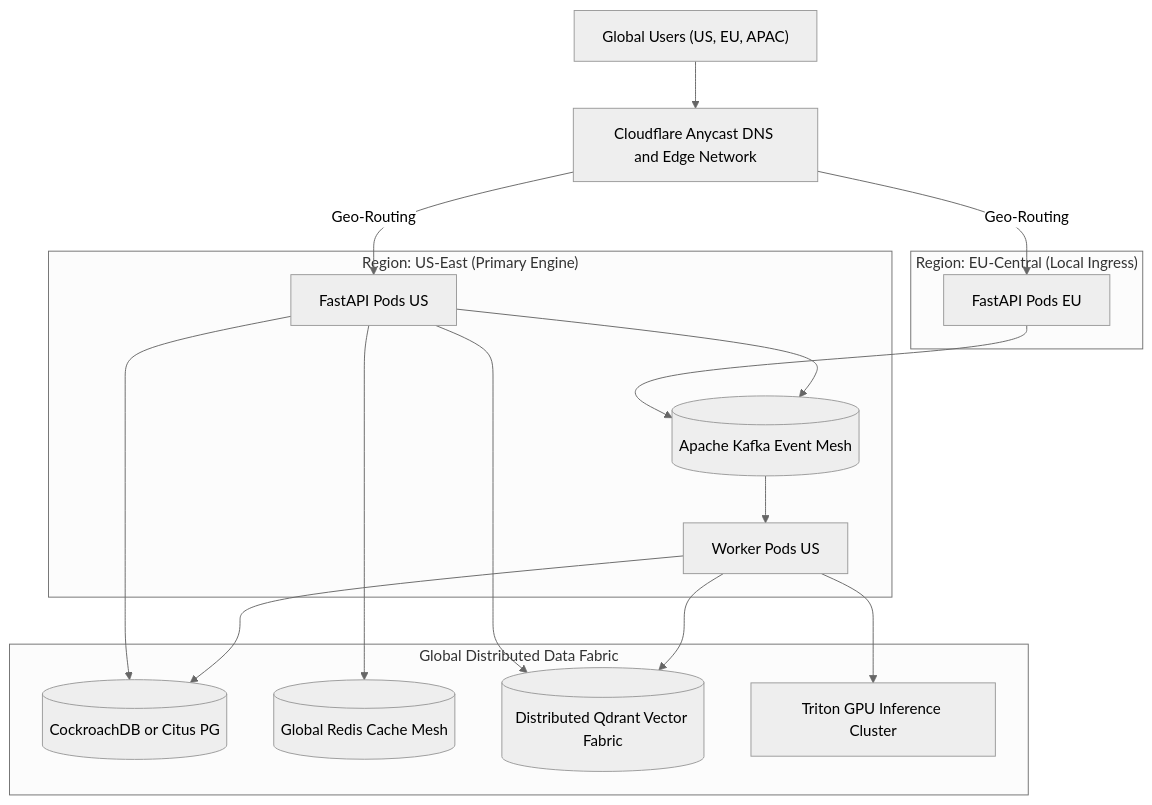
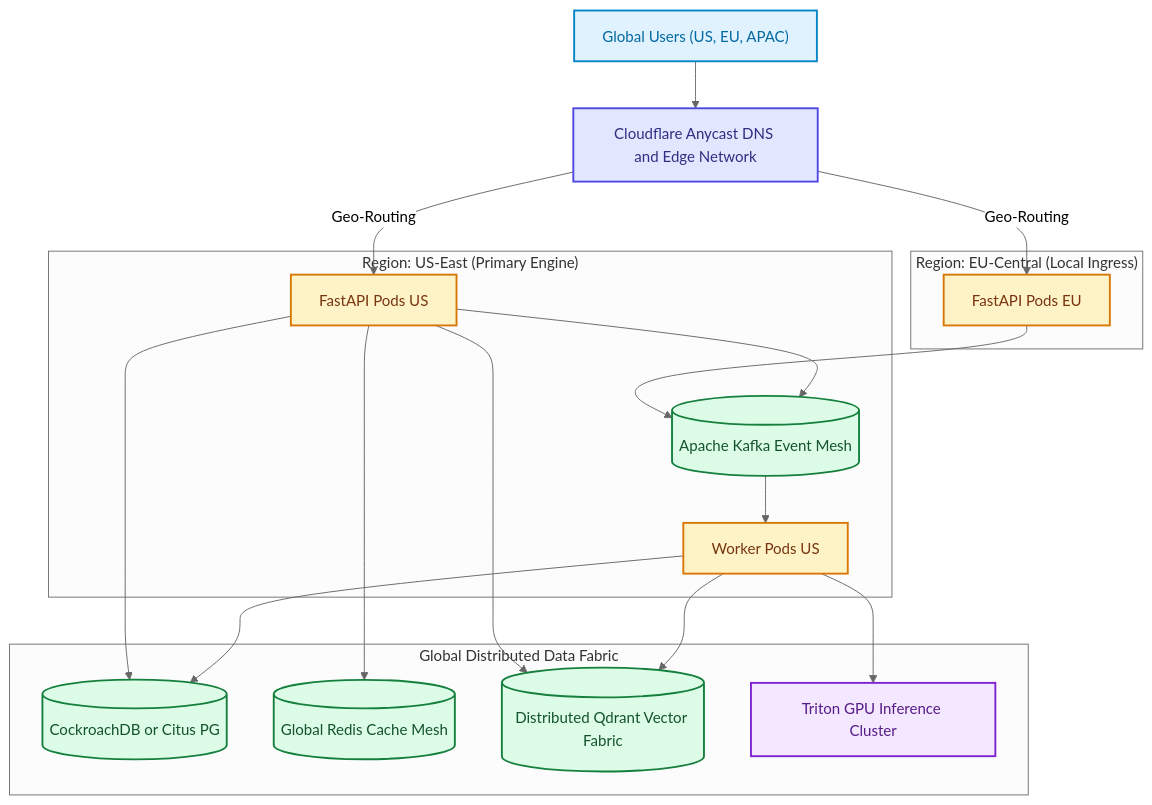
The fourth of 4 diagrams in vault/15-scaling-architecture.md (nikhil-87/CodeSensei), drawn with Mermaid (neutral theme) before and after one commit. The commit also changed other lines of this file and 9 other files, not shown here.

Commit message:
docs: added some colors to mermaid diagrams

````diff
--- a/vault/15-scaling-architecture.md
+++ b/vault/15-scaling-architecture.md
@@ -227,36 +261,48 @@
 ```mermaid
 flowchart TB
     UserGlobal["Global Users (US, EU, APAC)"] --> Cloudflare["Cloudflare Anycast DNS and Edge Network"]
 
     subgraph RegionUS ["Region: US-East (Primary Engine)"]
         API_US["FastAPI Pods US"]
         Workers_US["Worker Pods US"]
         Kafka_US[("Apache Kafka Event Mesh")]
     end
 
     subgraph RegionEU ["Region: EU-Central (Local Ingress)"]
         API_EU["FastAPI Pods EU"]
     end
 
     subgraph DataFabric ["Global Distributed Data Fabric"]
         ShardedDB[("CockroachDB or Citus PG")]
         GlobalRedis[("Global Redis Cache Mesh")]
         DistQdrant[("Distributed Qdrant Vector Fabric")]
         TritonCluster["Triton GPU Inference Cluster"]
     end
 
     Cloudflare -->|Geo-Routing| API_US
     Cloudflare -->|Geo-Routing| API_EU
 
     API_US --> Kafka_US
     API_EU --> Kafka_US
 
     Kafka_US --> Workers_US
     Workers_US --> ShardedDB
     Workers_US --> DistQdrant
     Workers_US --> TritonCluster
 
     API_US --> ShardedDB
     API_US --> GlobalRedis
     API_US --> DistQdrant
+
+    classDef client fill:#e0f2fe,stroke:#0284c7,stroke-width:2px,color:#0369a1;
+    classDef ingress fill:#e0e7ff,stroke:#4f46e5,stroke-width:2px,color:#312e81;
+    classDef app fill:#fef3c7,stroke:#d97706,stroke-width:2px,color:#78350f;
+    classDef storage fill:#dcfce7,stroke:#15803d,stroke-width:2px,color:#14532d;
+    classDef engine fill:#f3e8ff,stroke:#7e22ce,stroke-width:2px,color:#581c87;
+
+    class UserGlobal client;
+    class Cloudflare ingress;
+    class API_US,Workers_US,API_EU app;
+    class Kafka_US,ShardedDB,GlobalRedis,DistQdrant storage;
+    class TritonCluster engine;
 ```
````
